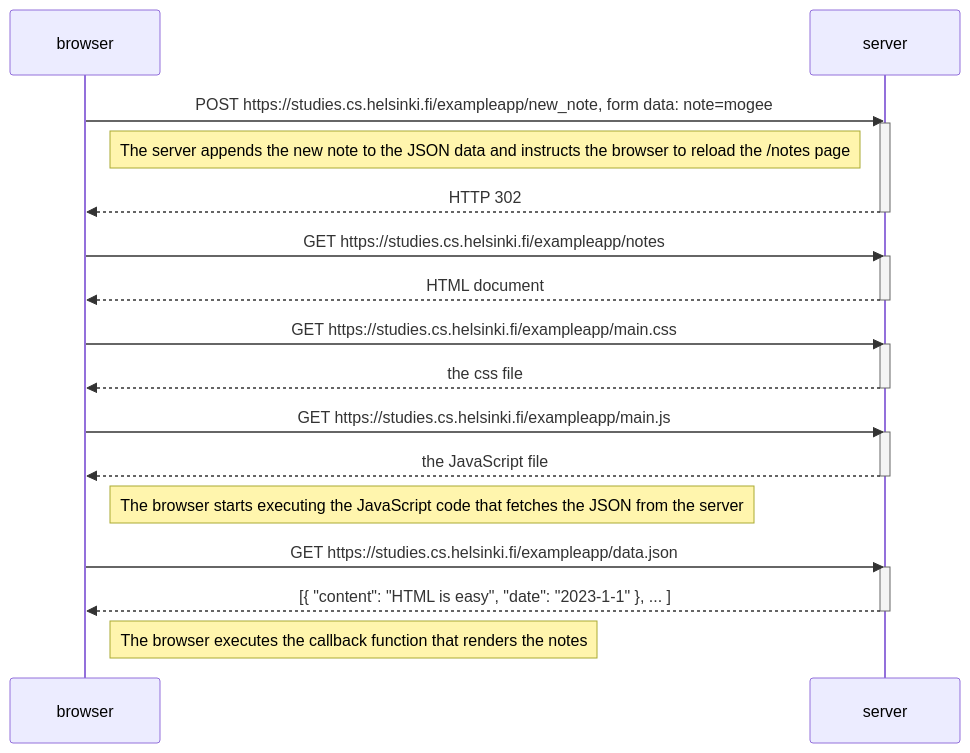
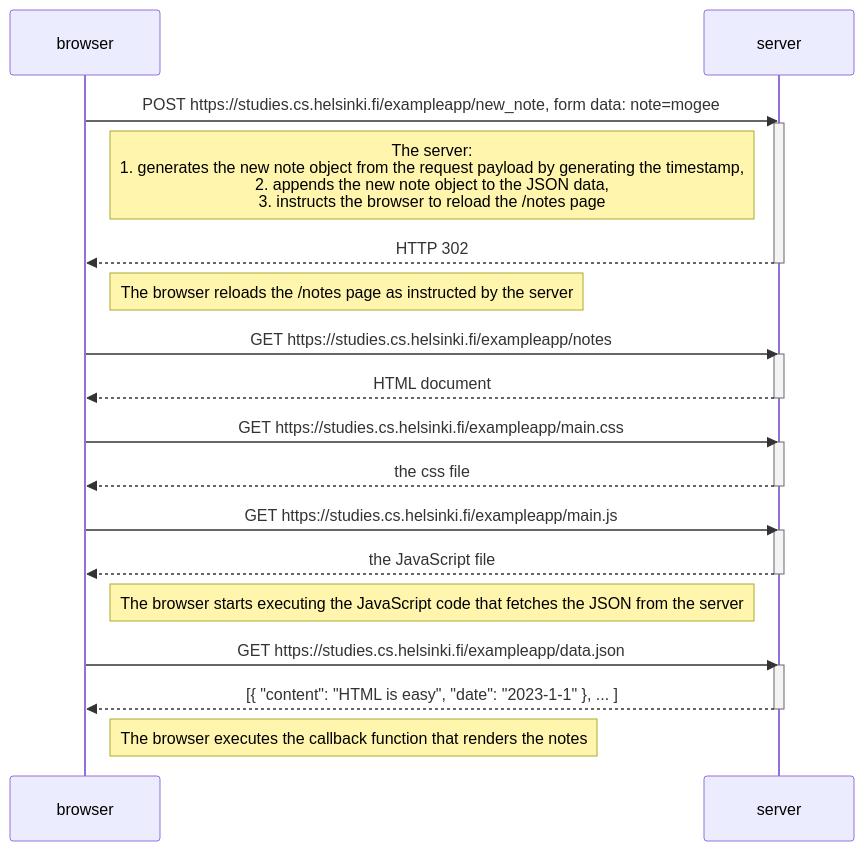
One commit to soumyee29/fullstackopen changed the diagram in Part 0/Exercise 4/sequence.md. Above: the diagram before and after it, drawn with Mermaid.

Commit message:
Improve description of sequence diagram for part 0, exercise 4.

````diff
--- a/Part 0/Exercise 4/sequence.md
+++ b/Part 0/Exercise 4/sequence.md
@@ -1,35 +1,36 @@
 ```mermaid
 sequenceDiagram
     participant browser
     participant server
 
     browser->>server: POST https://studies.cs.helsinki.fi/exampleapp/new_note, form data: note=mogee
     activate server
-    Note left of server: The server appends the new note to the JSON data and instructs the browser to reload the /notes page
+    Note left of server: The server: <br/> 1. generates the new note object from the request payload by generating the timestamp,<br/> 2. appends the new note object to the JSON data,<br/> 3. instructs the browser to reload the /notes page
     server-->>browser: HTTP 302
     deactivate server
 
+    Note right of browser: The browser reloads the /notes page as instructed by the server
     browser->>server: GET https://studies.cs.helsinki.fi/exampleapp/notes
     activate server
     server-->>browser: HTML document
     deactivate server
 
     browser->>server: GET https://studies.cs.helsinki.fi/exampleapp/main.css
     activate server
     server-->>browser: the css file
     deactivate server
 
     browser->>server: GET https://studies.cs.helsinki.fi/exampleapp/main.js
     activate server
     server-->>browser: the JavaScript file
     deactivate server
 
     Note right of browser: The browser starts executing the JavaScript code that fetches the JSON from the server
 
     browser->>server: GET https://studies.cs.helsinki.fi/exampleapp/data.json
     activate server
     server-->>browser: [{ "content": "HTML is easy", "date": "2023-1-1" }, ... ]
     deactivate server
 
     Note right of browser: The browser executes the callback function that renders the notes
 ```
````
